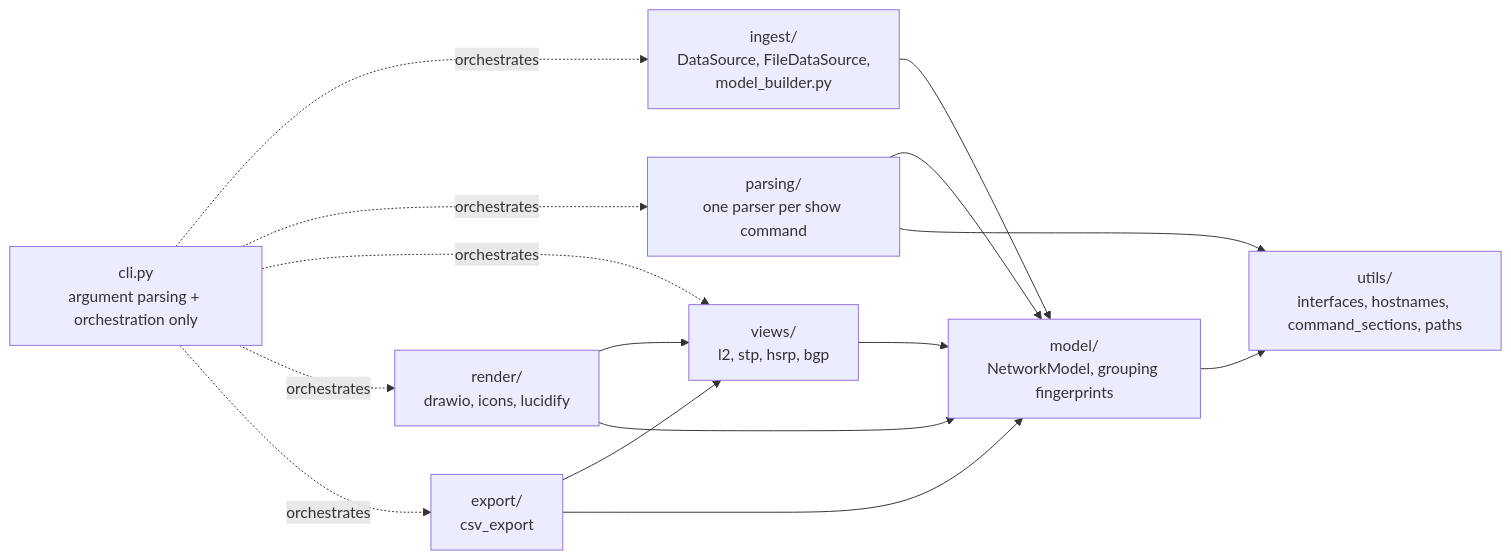
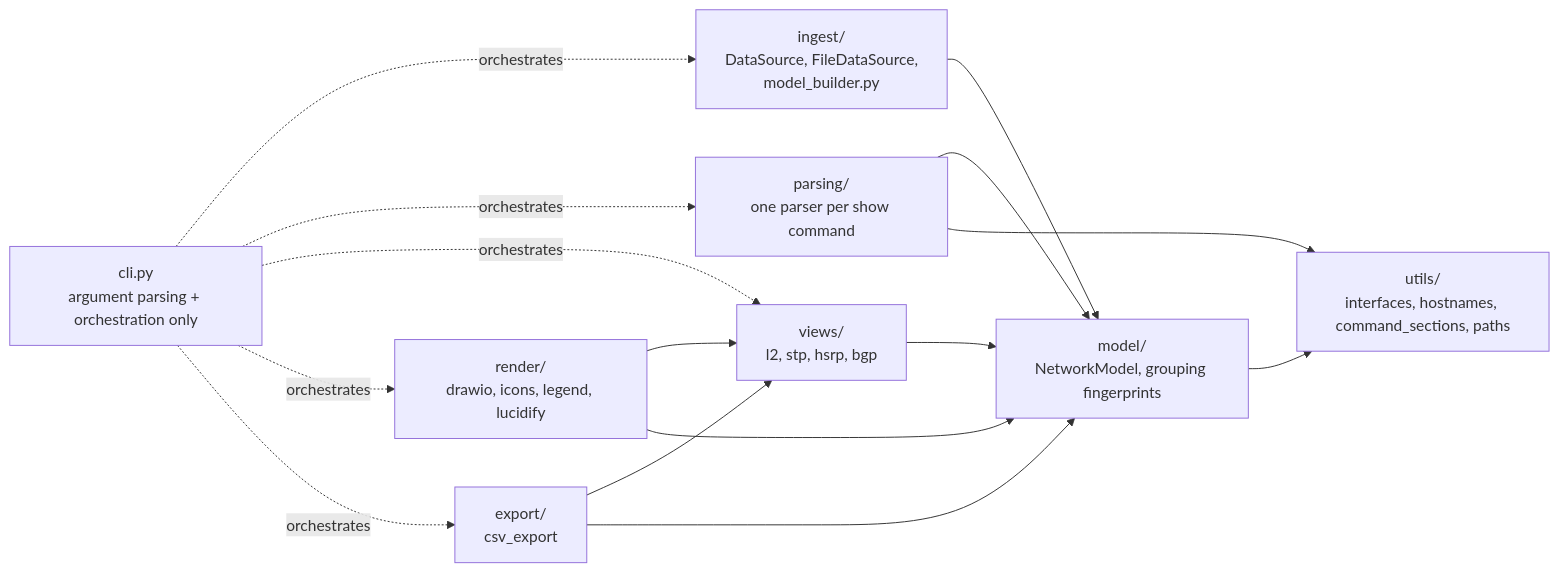
The first of 5 diagrams in docs/architecture.md (isrferna/nettopo), drawn with Mermaid before and after one commit. The commit also changed other lines of this file and 27 other files, not shown here.

````diff
--- a/docs/architecture.md
+++ b/docs/architecture.md
@@ -30,17 +30,17 @@
 ```mermaid
 flowchart LR
     ingest["ingest/<br/>DataSource, FileDataSource,<br/>model_builder.py"] --> model["model/<br/>NetworkModel, grouping fingerprints"]
     parsing["parsing/<br/>one parser per show command"] --> model
     views["views/<br/>l2, stp, hsrp, bgp"] --> model
-    render["render/<br/>drawio, icons, lucidify"] --> views
+    render["render/<br/>drawio, icons, legend, lucidify"] --> views
     render --> model
     export["export/<br/>csv_export"] --> views
     export --> model
     model --> utils["utils/<br/>interfaces, hostnames, command_sections, paths"]
     parsing --> utils
     cli["cli.py<br/>argument parsing + orchestration only"] -. orchestrates .-> ingest
     cli -. orchestrates .-> parsing
     cli -. orchestrates .-> views
     cli -. orchestrates .-> render
     cli -. orchestrates .-> export
 ```
````
